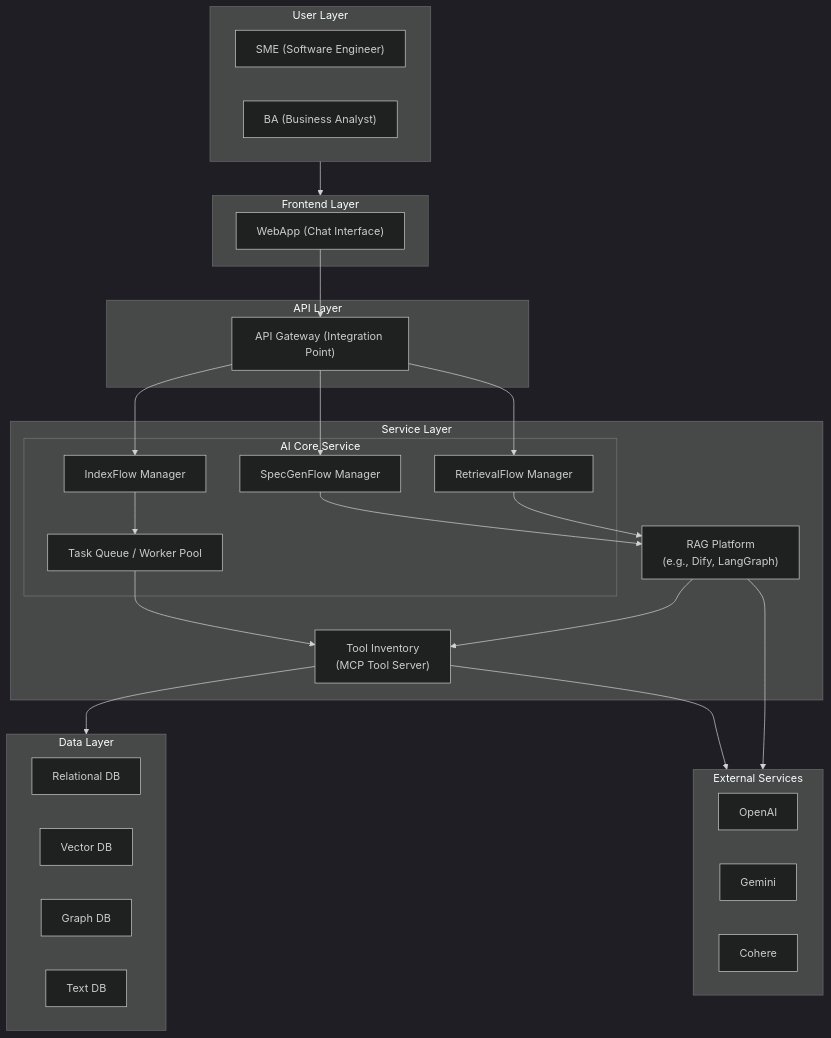
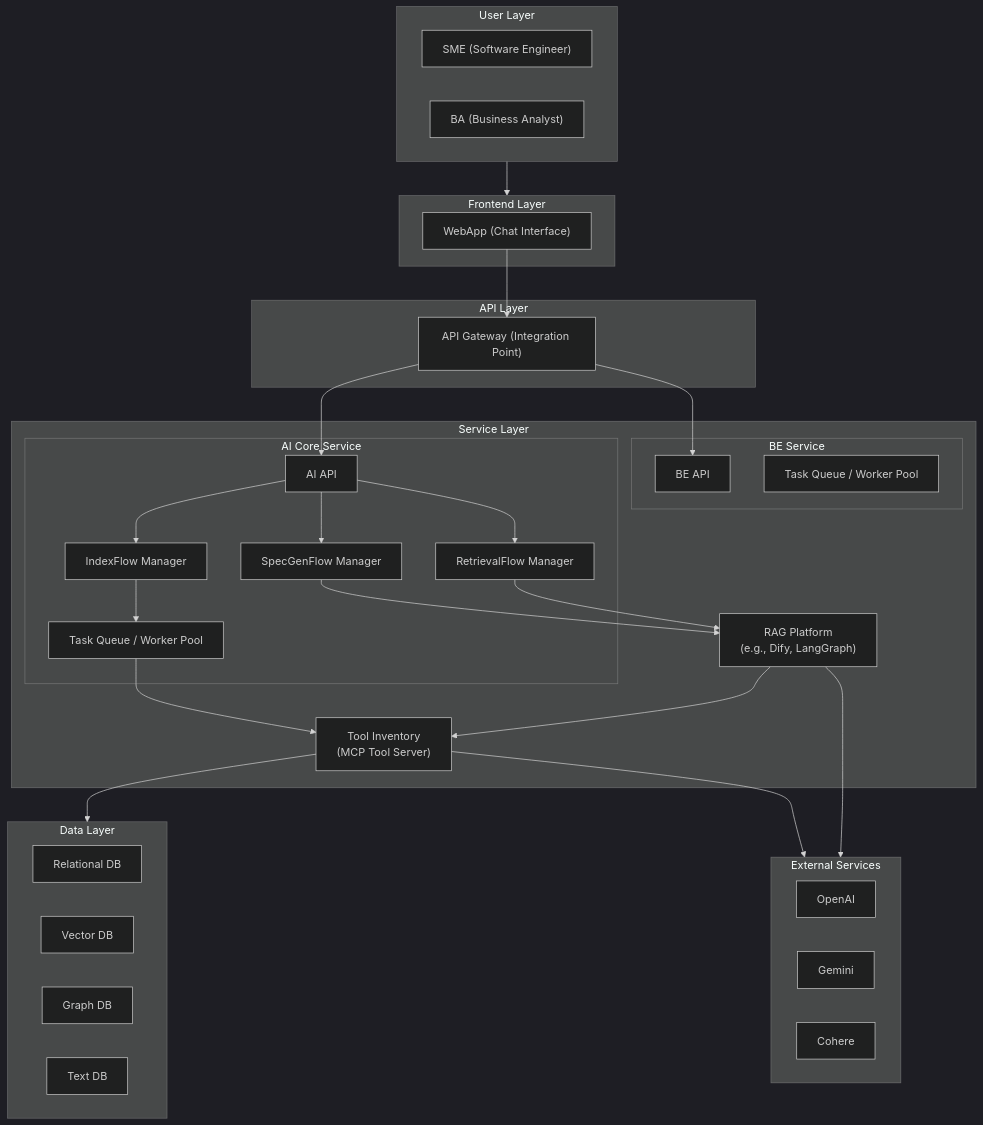
Before and after one commit to anhttmle/CAIO: the third of 3 diagrams in Project Assistant/README.md, drawn with Mermaid (dark theme).

````diff
--- a/Project Assistant/README.md
+++ b/Project Assistant/README.md
@@ -85,61 +83,70 @@
 ```mermaid
 
 graph TB
     subgraph LUser["User Layer"]
         SME["SME (Software Engineer)"]
         BA["BA (Business Analyst)"]
     end
 
     subgraph LFrontend["Frontend Layer"]
         WebApp["WebApp (Chat Interface)"]
     end
 
     subgraph LAPI["API Layer"]
         APIGateway["API Gateway (Integration Point)"]
     end
 
     subgraph LService["Service Layer"]
         subgraph AICore["AI Core Service"]
+            AI["AI API"]
             IndexFlow["IndexFlow Manager"]
             SpecGenFlow["SpecGenFlow Manager"]
             RetrievalFlow["RetrievalFlow Manager"]
-            Worker["Task Queue / Worker Pool"]
+            AIWorker["Task Queue / Worker Pool"]
+        end
+
+        subgraph BEService["BE Service"]
+            BE["BE API"]
+            BEWorker["Task Queue / Worker Pool"]
         end
 
         RAGPlatform["RAG Platform<br>(e.g., Dify, LangGraph)"]
         ToolInventory["Tool Inventory<br>(MCP Tool Server)"]
     end
 
     subgraph LData["Data Layer"]
         RelDB["Relational DB"]
         VecDB["Vector DB"]
         GraphDB["Graph DB"]
         TextDB["Text DB"]
     end
 
     subgraph LExternal["External Services"]
         OpenAI["OpenAI"]
         Gemini["Gemini"]
         Cohere["Cohere"]
     end
 
     LUser --> LFrontend
     WebApp --> APIGateway
 
-    APIGateway --> IndexFlow
-    APIGateway --> SpecGenFlow
-    APIGateway --> RetrievalFlow
+    APIGateway --> AI
+    APIGateway --> BE
 
-    IndexFlow --> Worker
+    AI --> IndexFlow
+    AI --> SpecGenFlow
+    AI --> RetrievalFlow
+
+    IndexFlow --> AIWorker
     SpecGenFlow --> RAGPlatform
     RetrievalFlow --> RAGPlatform
-    Worker --> ToolInventory
+    AIWorker --> ToolInventory
 
     RAGPlatform --> LExternal
     RAGPlatform --> ToolInventory
 
     ToolInventory --> LData
     ToolInventory --> LExternal
 
 
 ```
````
